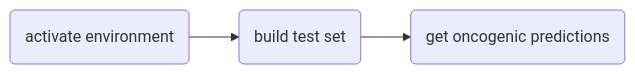
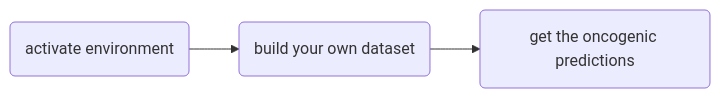
One commit to veneresabrina/ChimerDriver changed the diagram in README.md. Above: the diagram before and after it, drawn with Mermaid. The commit also changed other lines of this file, not shown here.

````diff
--- a/README.md
+++ b/README.md
@@ -63,6 +65,5 @@
 ```mermaid
 graph LR
-A(activate environment) --> B(build test set)
-B --> C(get oncogenic predictions)
-
+A(activate environment) --> B(build your own dataset)
+B --> C(get the oncogenic predictions)
 ```
````
